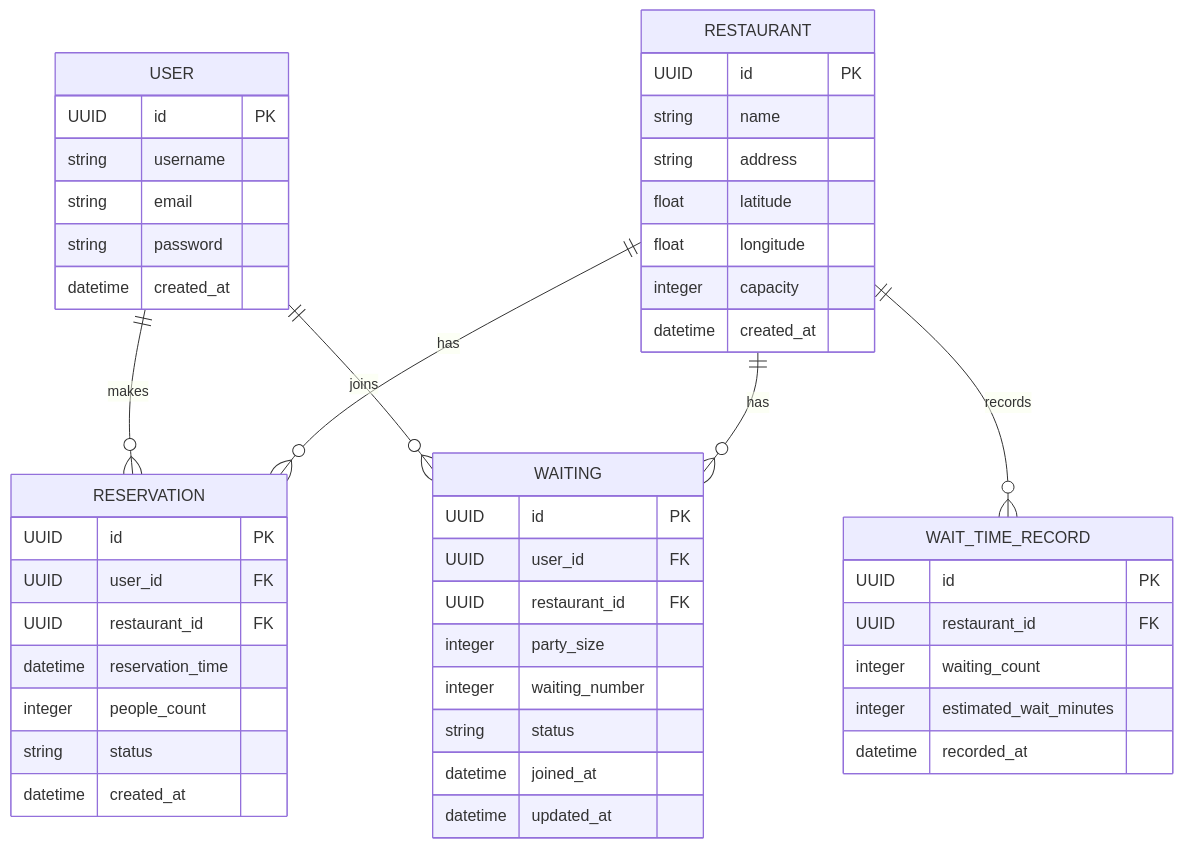
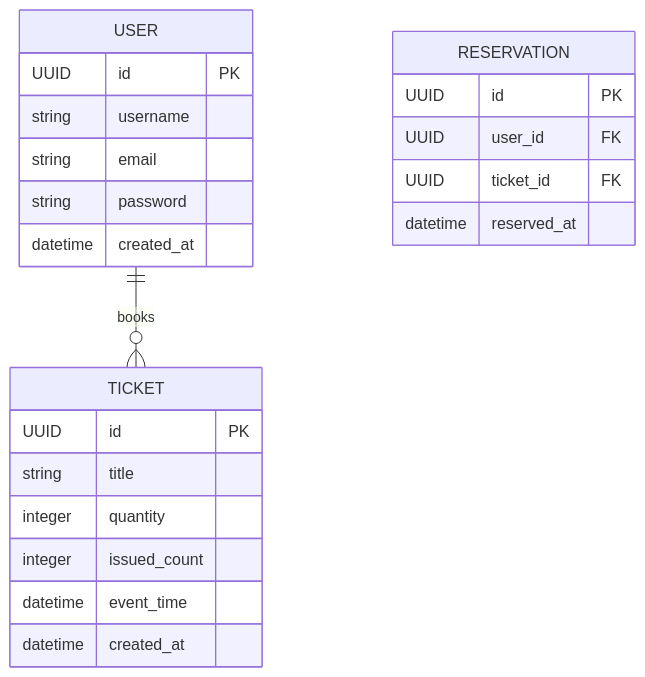
One commit to marinRim/FastTicket changed the first of 2 diagrams in README.md. Above: the diagram before and after it, drawn with Mermaid. The commit also changed other lines of this file, not shown here.

````diff
--- a/README.md
+++ b/README.md
@@ -42,55 +38,28 @@
 ```mermaid
 erDiagram
-    USER ||--o{ RESERVATION : "makes"
-    USER ||--o{ WAITING : "joins"
-    RESTAURANT ||--o{ RESERVATION : "has"
-    RESTAURANT ||--o{ WAITING : "has"
-    RESTAURANT ||--o{ WAIT_TIME_RECORD : "records"
+    USER ||--o{ TICKET : "books"
 
     USER {
         UUID id PK
         string username
         string email
         string password
         datetime created_at
     }
 
-    RESTAURANT {
+    TICKET {
         UUID id PK
-        string name
-        string address
-        float latitude
-        float longitude
-        integer capacity
+        string title
+        integer quantity
+        integer issued_count
+        datetime event_time
         datetime created_at
     }
 
     RESERVATION {
         UUID id PK
         UUID user_id FK
-        UUID restaurant_id FK
-        datetime reservation_time
-        integer people_count
-        string status
-        datetime created_at
-    }
-
-    WAITING {
-        UUID id PK
-        UUID user_id FK
-        UUID restaurant_id FK
-        integer party_size
-        integer waiting_number
-        string status
-        datetime joined_at
-        datetime updated_at
-    }
-
-    WAIT_TIME_RECORD {
-        UUID id PK
-        UUID restaurant_id FK
-        integer waiting_count
-        integer estimated_wait_minutes
-        datetime recorded_at
+        UUID ticket_id FK
+        datetime reserved_at
     }
 ```
````
